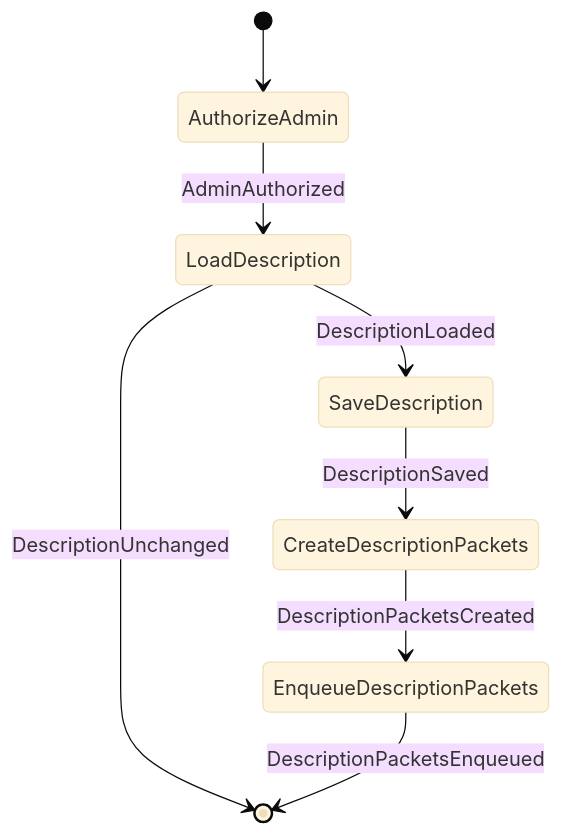
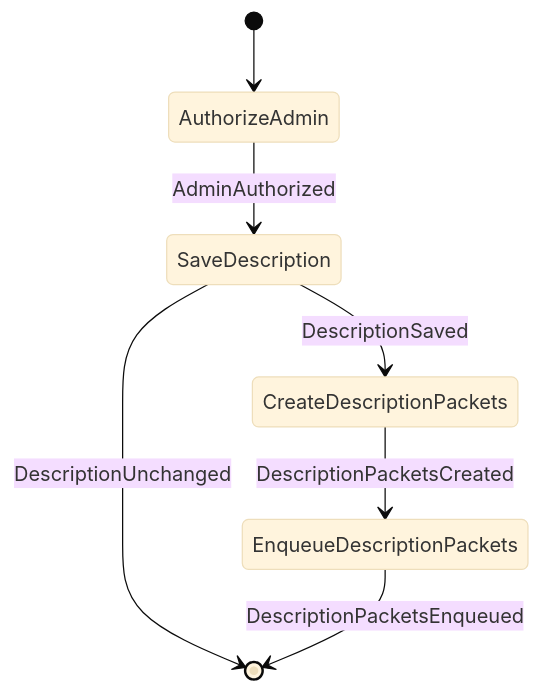
Before and after one commit to cbgm/Sparrow: the seventh of 16 diagrams in docs/architecture/workflows/groupstate.md, drawn with Mermaid (base theme). The commit also changed other lines of this file and 226 other files, not shown here.

````diff
--- a/docs/architecture/workflows/groupstate.md
+++ b/docs/architecture/workflows/groupstate.md
@@ -163,10 +162,9 @@
 ```mermaid
 stateDiagram-v2
     [*] --> AuthorizeAdmin
-    AuthorizeAdmin --> LoadDescription : AdminAuthorized
-    LoadDescription --> SaveDescription : DescriptionLoaded
-    LoadDescription --> [*] : DescriptionUnchanged
+    AuthorizeAdmin --> SaveDescription : AdminAuthorized
     SaveDescription --> CreateDescriptionPackets : DescriptionSaved
+    SaveDescription --> [*] : DescriptionUnchanged
     CreateDescriptionPackets --> EnqueueDescriptionPackets : DescriptionPacketsCreated
     EnqueueDescriptionPackets --> [*] : DescriptionPacketsEnqueued
 ```
````
